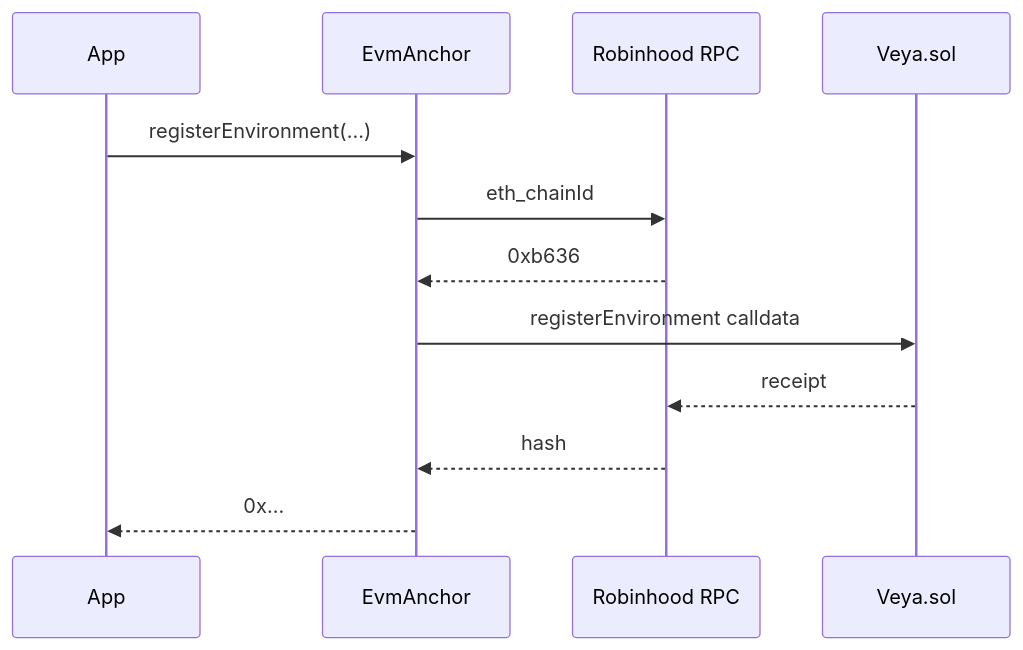
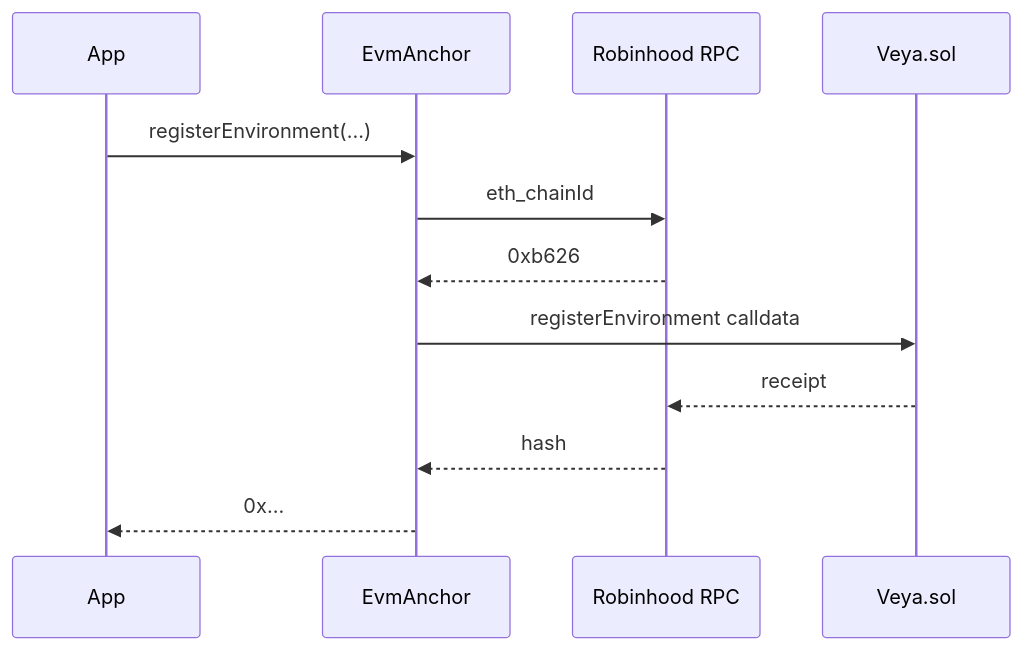
Before and after one commit to veyanet/veya-sdk: the second of 3 diagrams in docs/api/types-reference.md, drawn with Mermaid. The commit also changed other lines of this file, not shown here.

````diff
--- a/docs/api/types-reference.md
+++ b/docs/api/types-reference.md
@@ -311,15 +311,15 @@
 ```mermaid
 sequenceDiagram
     participant App
     participant EA as EvmAnchor
     participant RPC as Robinhood RPC
     participant C as Veya.sol
 
     App->>EA: registerEnvironment(...)
     EA->>RPC: eth_chainId
-    RPC-->>EA: 0xb636
+    RPC-->>EA: 0xb626
     EA->>C: registerEnvironment calldata
     C-->>RPC: receipt
     RPC-->>EA: hash
     EA-->>App: 0x...
 ```
````
